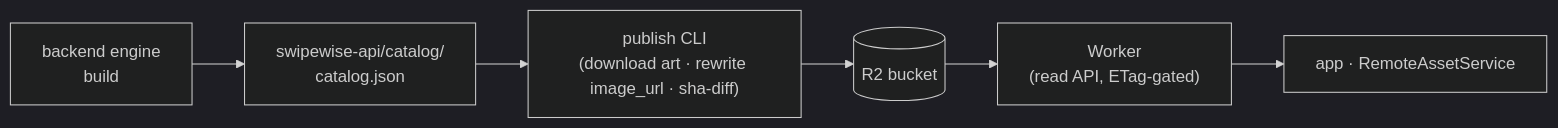
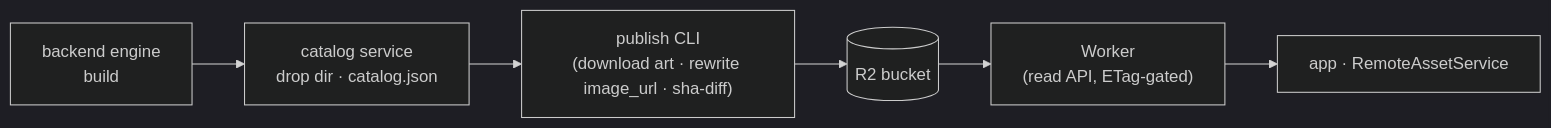
Before and after one commit to jacobceles/swipewise: the first of 3 diagrams in docs/reward-catalog.md, drawn with Mermaid (dark theme). The commit also changed 5 other files, not shown here.

````diff
--- a/docs/reward-catalog.md
+++ b/docs/reward-catalog.md
@@ -20,8 +20,8 @@
 ```mermaid
 flowchart LR
-  CC["backend engine<br/>build"] --> DROP["swipewise-api/catalog/<br/>catalog.json"]
+  CC["backend engine<br/>build"] --> DROP["catalog service<br/>drop dir · catalog.json"]
   DROP --> PUB["publish CLI<br/>(download art · rewrite image_url · sha-diff)"]
   PUB --> R2[("R2 bucket")]
   R2 --> W["Worker<br/>(read API, ETag-gated)"]
   W --> APP["app · RemoteAssetService"]
 ```
````
